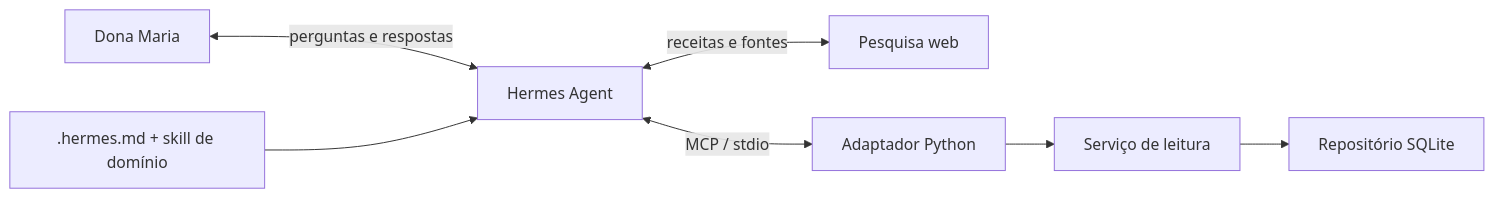
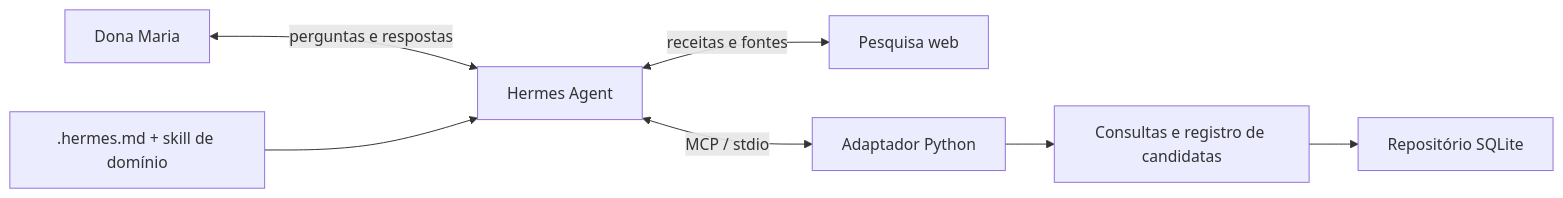
Before and after one commit to glaucia86/sabor-da-maria-hermes-agent: the diagram in README.md, drawn with Mermaid. The commit also changed other lines of this file and 15 other files, not shown here.

````diff
--- a/README.md
+++ b/README.md
@@ -73,9 +73,9 @@
 ```mermaid
 flowchart LR
     U["Dona Maria"] <-->|"perguntas e respostas"| H["Hermes Agent"]
     C[".hermes.md + skill de domínio"] --> H
     H <-->|"receitas e fontes"| W["Pesquisa web"]
     H <-->|"MCP / stdio"| M["Adaptador Python"]
-    M --> S["Serviço de leitura"]
+    M --> S["Consultas e registro de candidatas"]
     S --> R["Repositório SQLite"]
 ```
````
